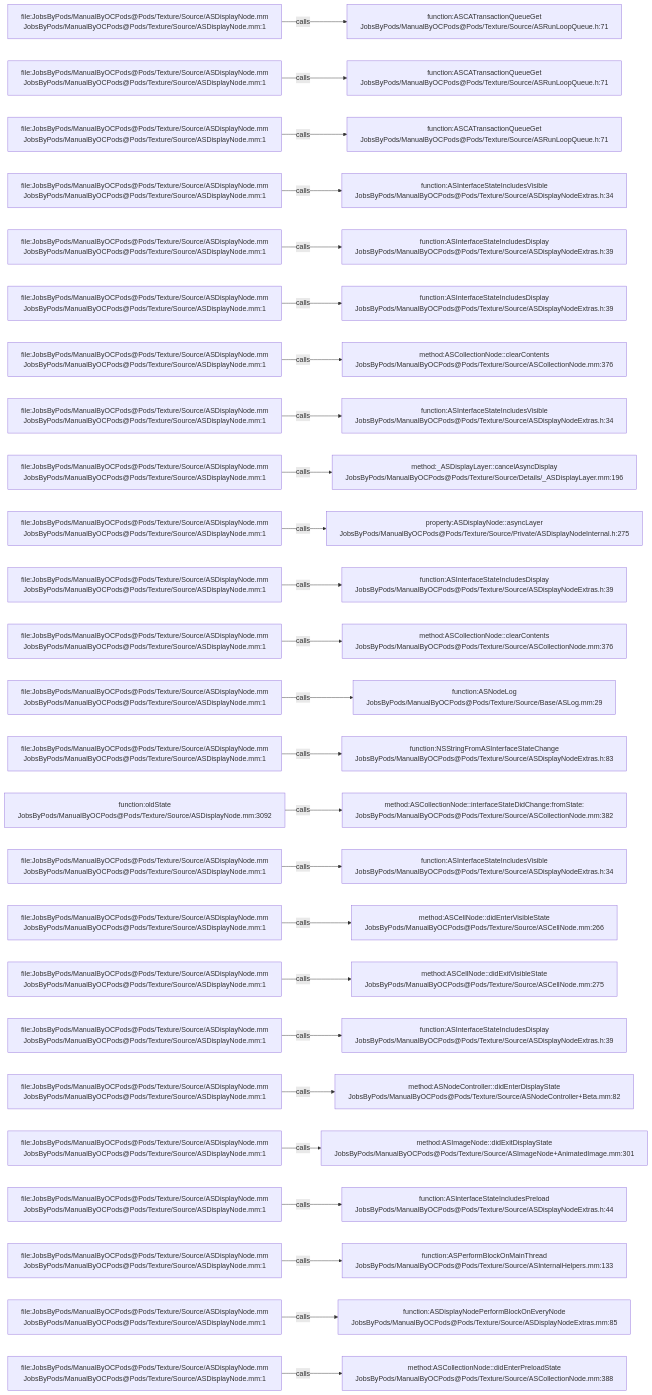
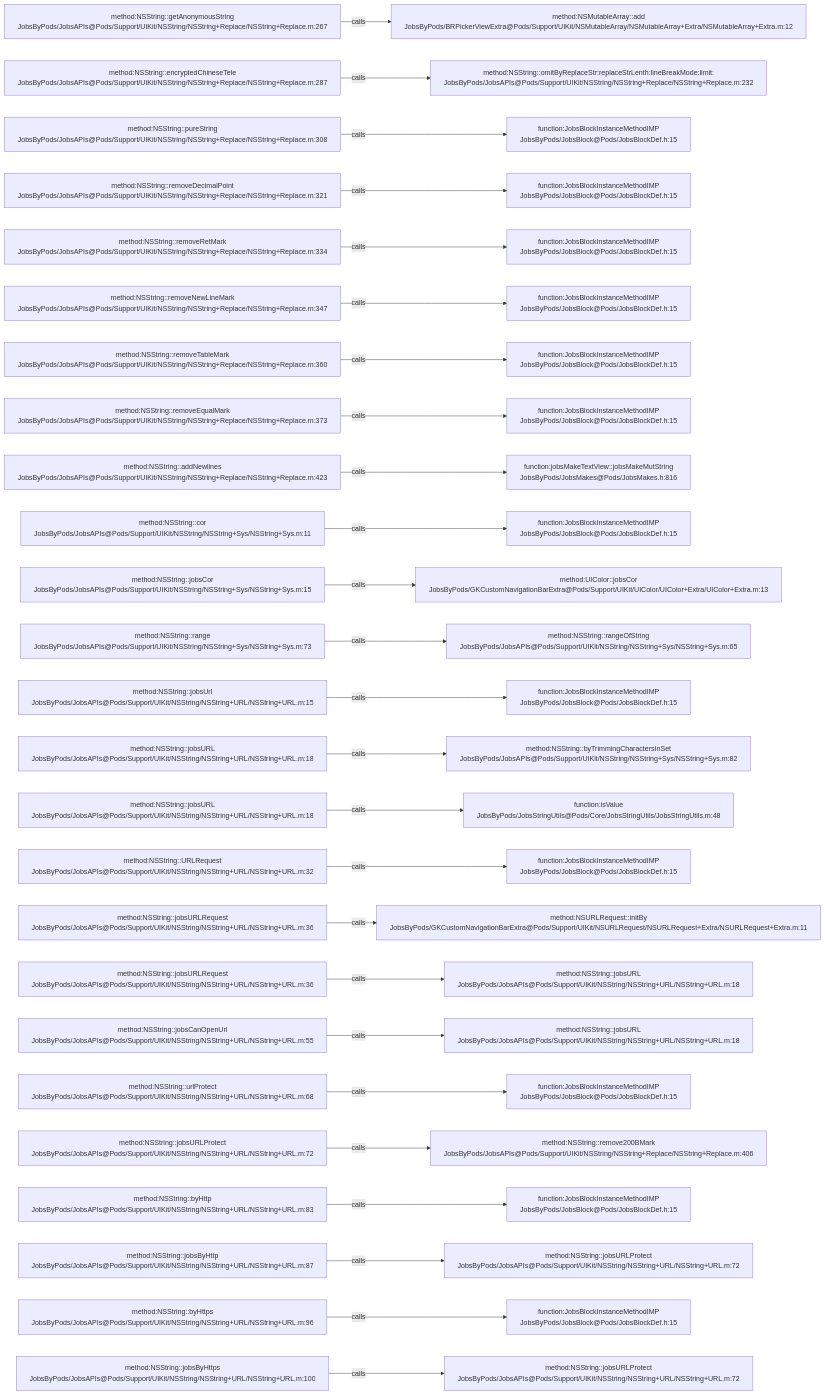
The diagram in .codegraph/codegraph.md/graphs/calls-088.md (JobsKits/JobsOCBaseConfigDemo), drawn with Mermaid before and after one commit. The commit also changed 768 other files, not shown here.

````diff
--- a/.codegraph/codegraph.md/graphs/calls-088.md
+++ b/.codegraph/codegraph.md/graphs/calls-088.md
@@ -13,78 +13,78 @@
 ```mermaid
 flowchart LR
-  S1["file:JobsByPods/ManualByOCPods@Pods/Texture/Source/ASDisplayNode.mm<br/>JobsByPods/ManualByOCPods@Pods/Texture/Source/ASDisplayNode.mm:1"]
-  T1["function:ASCATransactionQueueGet<br/>JobsByPods/ManualByOCPods@Pods/Texture/Source/ASRunLoopQueue.h:71"]
+  S1["method:NSString::getAnonymousString<br/>JobsByPods/JobsAPIs@Pods/Support/UIKit/NSString/NSString+Replace/NSString+Replace.m:267"]
+  T1["method:NSMutableArray::add<br/>JobsByPods/BRPickerViewExtra@Pods/Support/UIKit/NSMutableArray/NSMutableArray+Extra/NSMutableArray+Extra.m:12"]
   S1 -->|calls| T1
-  S2["file:JobsByPods/ManualByOCPods@Pods/Texture/Source/ASDisplayNode.mm<br/>JobsByPods/ManualByOCPods@Pods/Texture/Source/ASDisplayNode.mm:1"]
-  T2["function:ASCATransactionQueueGet<br/>JobsByPods/ManualByOCPods@Pods/Texture/Source/ASRunLoopQueue.h:71"]
+  S2["method:NSString::encryptedChineseTele<br/>JobsByPods/JobsAPIs@Pods/Support/UIKit/NSString/NSString+Replace/NSString+Replace.m:287"]
+  T2["method:NSString::omitByReplaceStr:replaceStrLenth:lineBreakMode:limit:<br/>JobsByPods/JobsAPIs@Pods/Support/UIKit/NSString/NSString+Replace/NSString+Replace.m:232"]
   S2 -->|calls| T2
-  S3["file:JobsByPods/ManualByOCPods@Pods/Texture/Source/ASDisplayNode.mm<br/>JobsByPods/ManualByOCPods@Pods/Texture/Source/ASDisplayNode.mm:1"]
-  T3["function:ASCATransactionQueueGet<br/>JobsByPods/ManualByOCPods@Pods/Texture/Source/ASRunLoopQueue.h:71"]
+  S3["method:NSString::pureString<br/>JobsByPods/JobsAPIs@Pods/Support/UIKit/NSString/NSString+Replace/NSString+Replace.m:308"]
+  T3["function:JobsBlockInstanceMethodIMP<br/>JobsByPods/JobsBlock@Pods/JobsBlockDef.h:15"]
   S3 -->|calls| T3
-  S4["file:JobsByPods/ManualByOCPods@Pods/Texture/Source/ASDisplayNode.mm<br/>JobsByPods/ManualByOCPods@Pods/Texture/Source/ASDisplayNode.mm:1"]
-  T4["function:ASInterfaceStateIncludesVisible<br/>JobsByPods/ManualByOCPods@Pods/Texture/Source/ASDisplayNodeExtras.h:34"]
+  S4["method:NSString::removeDecimalPoint<br/>JobsByPods/JobsAPIs@Pods/Support/UIKit/NSString/NSString+Replace/NSString+Replace.m:321"]
+  T4["function:JobsBlockInstanceMethodIMP<br/>JobsByPods/JobsBlock@Pods/JobsBlockDef.h:15"]
   S4 -->|calls| T4
-  S5["file:JobsByPods/ManualByOCPods@Pods/Texture/Source/ASDisplayNode.mm<br/>JobsByPods/ManualByOCPods@Pods/Texture/Source/ASDisplayNode.mm:1"]
-  T5["function:ASInterfaceStateIncludesDisplay<br/>JobsByPods/ManualByOCPods@Pods/Texture/Source/ASDisplayNodeExtras.h:39"]
+  S5["method:NSString::removeRetMark<br/>JobsByPods/JobsAPIs@Pods/Support/UIKit/NSString/NSString+Replace/NSString+Replace.m:334"]
+  T5["function:JobsBlockInstanceMethodIMP<br/>JobsByPods/JobsBlock@Pods/JobsBlockDef.h:15"]
   S5 -->|calls| T5
-  S6["file:JobsByPods/ManualByOCPods@Pods/Texture/Source/ASDisplayNode.mm<br/>JobsByPods/ManualByOCPods@Pods/Texture/Source/ASDisplayNode.mm:1"]
-  T6["function:ASInterfaceStateIncludesDisplay<br/>JobsByPods/ManualByOCPods@Pods/Texture/Source/ASDisplayNodeExtras.h:39"]
+  S6["method:NSString::removeNewLineMark<br/>JobsByPods/JobsAPIs@Pods/Support/UIKit/NSString/NSString+Replace/NSString+Replace.m:347"]
+  T6["function:JobsBlockInstanceMethodIMP<br/>JobsByPods/JobsBlock@Pods/JobsBlockDef.h:15"]
   S6 -->|calls| T6
-  S7["file:JobsByPods/ManualByOCPods@Pods/Texture/Source/ASDisplayNode.mm<br/>JobsByPods/ManualByOCPods@Pods/Texture/Source/ASDisplayNode.mm:1"]
-  T7["method:ASCollectionNode::clearContents<br/>JobsByPods/ManualByOCPods@Pods/Texture/Source/ASCollectionNode.mm:376"]
+  S7["method:NSString::removeTableMark<br/>JobsByPods/JobsAPIs@Pods/Support/UIKit/NSString/NSString+Replace/NSString+Replace.m:360"]
+  T7["function:JobsBlockInstanceMethodIMP<br/>JobsByPods/JobsBlock@Pods/JobsBlockDef.h:15"]
   S7 -->|calls| T7
-  S8["file:JobsByPods/ManualByOCPods@Pods/Texture/Source/ASDisplayNode.mm<br/>JobsByPods/ManualByOCPods@Pods/Texture/Source/ASDisplayNode.mm:1"]
-  T8["function:ASInterfaceStateIncludesVisible<br/>JobsByPods/ManualByOCPods@Pods/Texture/Source/ASDisplayNodeExtras.h:34"]
+  S8["method:NSString::removeEqualMark<br/>JobsByPods/JobsAPIs@Pods/Support/UIKit/NSString/NSString+Replace/NSString+Replace.m:373"]
+  T8["function:JobsBlockInstanceMethodIMP<br/>JobsByPods/JobsBlock@Pods/JobsBlockDef.h:15"]
   S8 -->|calls| T8
-  S9["file:JobsByPods/ManualByOCPods@Pods/Texture/Source/ASDisplayNode.mm<br/>JobsByPods/ManualByOCPods@Pods/Texture/Source/ASDisplayNode.mm:1"]
-  T9["method:_ASDisplayLayer::cancelAsyncDisplay<br/>JobsByPods/ManualByOCPods@Pods/Texture/Source/Details/_ASDisplayLayer.mm:196"]
+  S9["method:NSString::addNewlines<br/>JobsByPods/JobsAPIs@Pods/Support/UIKit/NSString/NSString+Replace/NSString+Replace.m:423"]
+  T9["function:jobsMakeTextView::jobsMakeMutString<br/>JobsByPods/JobsMakes@Pods/JobsMakes.h:816"]
   S9 -->|calls| T9
-  S10["file:JobsByPods/ManualByOCPods@Pods/Texture/Source/ASDisplayNode.mm<br/>JobsByPods/ManualByOCPods@Pods/Texture/Source/ASDisplayNode.mm:1"]
-  T10["property:ASDisplayNode::asyncLayer<br/>JobsByPods/ManualByOCPods@Pods/Texture/Source/Private/ASDisplayNodeInternal.h:275"]
+  S10["method:NSString::cor<br/>JobsByPods/JobsAPIs@Pods/Support/UIKit/NSString/NSString+Sys/NSString+Sys.m:11"]
+  T10["function:JobsBlockInstanceMethodIMP<br/>JobsByPods/JobsBlock@Pods/JobsBlockDef.h:15"]
   S10 -->|calls| T10
-  S11["file:JobsByPods/ManualByOCPods@Pods/Texture/Source/ASDisplayNode.mm<br/>JobsByPods/ManualByOCPods@Pods/Texture/Source/ASDisplayNode.mm:1"]
-  T11["function:ASInterfaceStateIncludesDisplay<br/>JobsByPods/ManualByOCPods@Pods/Texture/Source/ASDisplayNodeExtras.h:39"]
+  S11["method:NSString::jobsCor<br/>JobsByPods/JobsAPIs@Pods/Support/UIKit/NSString/NSString+Sys/NSString+Sys.m:15"]
+  T11["method:UIColor::jobsCor<br/>JobsByPods/GKCustomNavigationBarExtra@Pods/Support/UIKit/UIColor/UIColor+Extra/UIColor+Extra.m:13"]
   S11 -->|calls| T11
-  S12["file:JobsByPods/ManualByOCPods@Pods/Texture/Source/ASDisplayNode.mm<br/>JobsByPods/ManualByOCPods@Pods/Texture/Source/ASDisplayNode.mm:1"]
-  T12["method:ASCollectionNode::clearContents<br/>JobsByPods/ManualByOCPods@Pods/Texture/Source/ASCollectionNode.mm:376"]
+  S12["method:NSString::range<br/>JobsByPods/JobsAPIs@Pods/Support/UIKit/NSString/NSString+Sys/NSString+Sys.m:73"]
+  T12["method:NSString::rangeOfString<br/>JobsByPods/JobsAPIs@Pods/Support/UIKit/NSString/NSString+Sys/NSString+Sys.m:65"]
   S12 -->|calls| T12
-  S13["file:JobsByPods/ManualByOCPods@Pods/Texture/Source/ASDisplayNode.mm<br/>JobsByPods/ManualByOCPods@Pods/Texture/Source/ASDisplayNode.mm:1"]
-  T13["function:ASNodeLog<br/>JobsByPods/ManualByOCPods@Pods/Texture/Source/Base/ASLog.mm:29"]
+  S13["method:NSString::jobsUrl<br/>JobsByPods/JobsAPIs@Pods/Support/UIKit/NSString/NSString+URL/NSString+URL.m:15"]
+  T13["function:JobsBlockInstanceMethodIMP<br/>JobsByPods/JobsBlock@Pods/JobsBlockDef.h:15"]
   S13 -->|calls| T13
-  S14["file:JobsByPods/ManualByOCPods@Pods/Texture/Source/ASDisplayNode.mm<br/>JobsByPods/ManualByOCPods@Pods/Texture/Source/ASDisplayNode.mm:1"]
-  T14["function:NSStringFromASInterfaceStateChange<br/>JobsByPods/ManualByOCPods@Pods/Texture/Source/ASDisplayNodeExtras.h:83"]
+  S14["method:NSString::jobsURL<br/>JobsByPods/JobsAPIs@Pods/Support/UIKit/NSString/NSString+URL/NSString+URL.m:18"]
+  T14["method:NSString::byTrimmingCharactersInSet<br/>JobsByPods/JobsAPIs@Pods/Support/UIKit/NSString/NSString+Sys/NSString+Sys.m:82"]
   S14 -->|calls| T14
-  S15["function:oldState<br/>JobsByPods/ManualByOCPods@Pods/Texture/Source/ASDisplayNode.mm:3092"]
-  T15["method:ASCollectionNode::interfaceStateDidChange:fromState:<br/>JobsByPods/ManualByOCPods@Pods/Texture/Source/ASCollectionNode.mm:382"]
+  S15["method:NSString::jobsURL<br/>JobsByPods/JobsAPIs@Pods/Support/UIKit/NSString/NSString+URL/NSString+URL.m:18"]
+  T15["function:isValue<br/>JobsByPods/JobsStringUtils@Pods/Core/JobsStringUtils/JobsStringUtils.m:48"]
   S15 -->|calls| T15
-  S16["file:JobsByPods/ManualByOCPods@Pods/Texture/Source/ASDisplayNode.mm<br/>JobsByPods/ManualByOCPods@Pods/Texture/Source/ASDisplayNode.mm:1"]
-  T16["function:ASInterfaceStateIncludesVisible<br/>JobsByPods/ManualByOCPods@Pods/Texture/Source/ASDisplayNodeExtras.h:34"]
+  S16["method:NSString::URLRequest<br/>JobsByPods/JobsAPIs@Pods/Support/UIKit/NSString/NSString+URL/NSString+URL.m:32"]
+  T16["function:JobsBlockInstanceMethodIMP<br/>JobsByPods/JobsBlock@Pods/JobsBlockDef.h:15"]
   S16 -->|calls| T16
-  S17["file:JobsByPods/ManualByOCPods@Pods/Texture/Source/ASDisplayNode.mm<br/>JobsByPods/ManualByOCPods@Pods/Texture/Source/ASDisplayNode.mm:1"]
-  T17["method:ASCellNode::didEnterVisibleState<br/>JobsByPods/ManualByOCPods@Pods/Texture/Source/ASCellNode.mm:266"]
+  S17["method:NSString::jobsURLRequest<br/>JobsByPods/JobsAPIs@Pods/Support/UIKit/NSString/NSString+URL/NSString+URL.m:36"]
+  T17["method:NSURLRequest::initBy<br/>JobsByPods/GKCustomNavigationBarExtra@Pods/Support/UIKit/NSURLRequest/NSURLRequest+Extra/NSURLRequest+Extra.m:11"]
   S17 -->|calls| T17
-  S18["file:JobsByPods/ManualByOCPods@Pods/Texture/Source/ASDisplayNode.mm<br/>JobsByPods/ManualByOCPods@Pods/Texture/Source/ASDisplayNode.mm:1"]
-  T18["method:ASCellNode::didExitVisibleState<br/>JobsByPods/ManualByOCPods@Pods/Texture/Source/ASCellNode.mm:275"]
+  S18["method:NSString::jobsURLRequest<br/>JobsByPods/JobsAPIs@Pods/Support/UIKit/NSString/NSString+URL/NSString+URL.m:36"]
+  T18["method:NSString::jobsURL<br/>JobsByPods/JobsAPIs@Pods/Support/UIKit/NSString/NSString+URL/NSString+URL.m:18"]
   S18 -->|calls| T18
-  S19["file:JobsByPods/ManualByOCPods@Pods/Texture/Source/ASDisplayNode.mm<br/>JobsByPods/ManualByOCPods@Pods/Texture/Source/ASDisplayNode.mm:1"]
-  T19["function:ASInterfaceStateIncludesDisplay<br/>JobsByPods/ManualByOCPods@Pods/Texture/Source/ASDisplayNodeExtras.h:39"]
+  S19["method:NSString::jobsCanOpenUrl<br/>JobsByPods/JobsAPIs@Pods/Support/UIKit/NSString/NSString+URL/NSString+URL.m:55"]
+  T19["method:NSString::jobsURL<br/>JobsByPods/JobsAPIs@Pods/Support/UIKit/NSString/NSString+URL/NSString+URL.m:18"]
   S19 -->|calls| T19
-  S20["file:JobsByPods/ManualByOCPods@Pods/Texture/Source/ASDisplayNode.mm<br/>JobsByPods/ManualByOCPods@Pods/Texture/Source/ASDisplayNode.mm:1"]
-  T20["method:ASNodeController::didEnterDisplayState<br/>JobsByPods/ManualByOCPods@Pods/Texture/Source/ASNodeController+Beta.mm:82"]
+  S20["method:NSString::urlProtect<br/>JobsByPods/JobsAPIs@Pods/Support/UIKit/NSString/NSString+URL/NSString+URL.m:68"]
+  T20["function:JobsBlockInstanceMethodIMP<br/>JobsByPods/JobsBlock@Pods/JobsBlockDef.h:15"]
   S20 -->|calls| T20
-  S21["file:JobsByPods/ManualByOCPods@Pods/Texture/Source/ASDisplayNode.mm<br/>JobsByPods/ManualByOCPods@Pods/Texture/Source/ASDisplayNode.mm:1"]
-  T21["method:ASImageNode::didExitDisplayState<br/>JobsByPods/ManualByOCPods@Pods/Texture/Source/ASImageNode+AnimatedImage.mm:301"]
+  S21["method:NSString::jobsURLProtect<br/>JobsByPods/JobsAPIs@Pods/Support/UIKit/NSString/NSString+URL/NSString+URL.m:72"]
+  T21["method:NSString::remove200BMark<br/>JobsByPods/JobsAPIs@Pods/Support/UIKit/NSString/NSString+Replace/NSString+Replace.m:406"]
   S21 -->|calls| T21
-  S22["file:JobsByPods/ManualByOCPods@Pods/Texture/Source/ASDisplayNode.mm<br/>JobsByPods/ManualByOCPods@Pods/Texture/Source/ASDisplayNode.mm:1"]
-  T22["function:ASInterfaceStateIncludesPreload<br/>JobsByPods/ManualByOCPods@Pods/Texture/Source/ASDisplayNodeExtras.h:44"]
+  S22["method:NSString::byHttp<br/>JobsByPods/JobsAPIs@Pods/Support/UIKit/NSString/NSString+URL/NSString+URL.m:83"]
+  T22["function:JobsBlockInstanceMethodIMP<br/>JobsByPods/JobsBlock@Pods/JobsBlockDef.h:15"]
   S22 -->|calls| T22
-  S23["file:JobsByPods/ManualByOCPods@Pods/Texture/Source/ASDisplayNode.mm<br/>JobsByPods/ManualByOCPods@Pods/Texture/Source/ASDisplayNode.mm:1"]
-  T23["function:ASPerformBlockOnMainThread<br/>JobsByPods/ManualByOCPods@Pods/Texture/Source/ASInternalHelpers.mm:133"]
+  S23["method:NSString::jobsByHttp<br/>JobsByPods/JobsAPIs@Pods/Support/UIKit/NSString/NSString+URL/NSString+URL.m:87"]
+  T23["method:NSString::jobsURLProtect<br/>JobsByPods/JobsAPIs@Pods/Support/UIKit/NSString/NSString+URL/NSString+URL.m:72"]
   S23 -->|calls| T23
-  S24["file:JobsByPods/ManualByOCPods@Pods/Texture/Source/ASDisplayNode.mm<br/>JobsByPods/ManualByOCPods@Pods/Texture/Source/ASDisplayNode.mm:1"]
-  T24["function:ASDisplayNodePerformBlockOnEveryNode<br/>JobsByPods/ManualByOCPods@Pods/Texture/Source/ASDisplayNodeExtras.mm:85"]
+  S24["method:NSString::byHttps<br/>JobsByPods/JobsAPIs@Pods/Support/UIKit/NSString/NSString+URL/NSString+URL.m:96"]
+  T24["function:JobsBlockInstanceMethodIMP<br/>JobsByPods/JobsBlock@Pods/JobsBlockDef.h:15"]
   S24 -->|calls| T24
-  S25["file:JobsByPods/ManualByOCPods@Pods/Texture/Source/ASDisplayNode.mm<br/>JobsByPods/ManualByOCPods@Pods/Texture/Source/ASDisplayNode.mm:1"]
-  T25["method:ASCollectionNode::didEnterPreloadState<br/>JobsByPods/ManualByOCPods@Pods/Texture/Source/ASCollectionNode.mm:388"]
+  S25["method:NSString::jobsByHttps<br/>JobsByPods/JobsAPIs@Pods/Support/UIKit/NSString/NSString+URL/NSString+URL.m:100"]
+  T25["method:NSString::jobsURLProtect<br/>JobsByPods/JobsAPIs@Pods/Support/UIKit/NSString/NSString+URL/NSString+URL.m:72"]
   S25 -->|calls| T25
 ```
````
